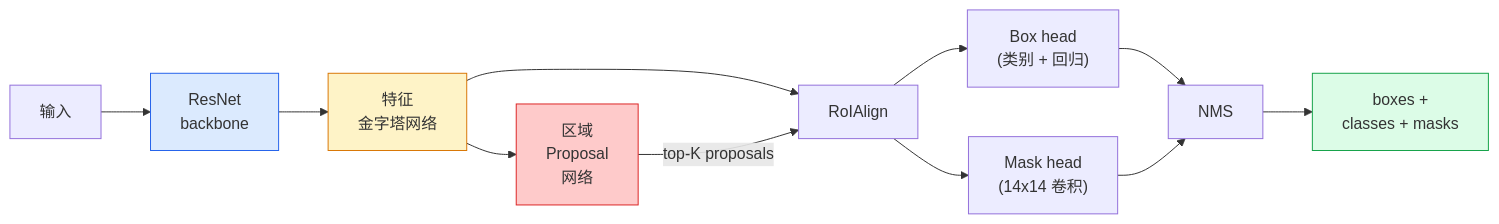
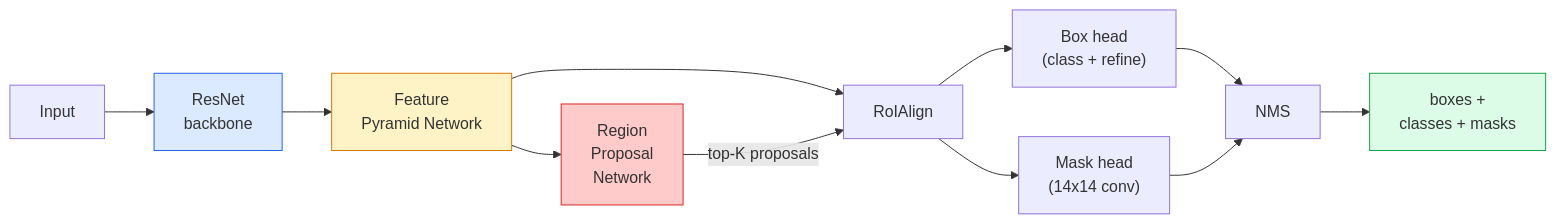
The diagram in i18n/zh/phases/04-computer-vision/08-instance-segmentation-mask-rcnn/docs/zh.md (xiaojiaenen/ai-engineering-from-scratch-zh), drawn with Mermaid before and after one commit. The commit also changed other lines of this file and 28 other files, not shown here.

````diff
--- a/i18n/zh/phases/04-computer-vision/08-instance-segmentation-mask-rcnn/docs/zh.md
+++ b/i18n/zh/phases/04-computer-vision/08-instance-segmentation-mask-rcnn/docs/zh.md
@@ -29,18 +29,18 @@
 ```mermaid
 flowchart LR
-    IMG["输入"] --> BB["ResNet<br/>backbone"]
-    BB --> FPN["特征<br/>金字塔网络"]
-    FPN --> RPN["区域<br/>Proposal<br/>网络"]
+    IMG["Input"] --> BB["ResNet<br/>backbone"]
+    BB --> FPN["Feature<br/>Pyramid Network"]
+    FPN --> RPN["Region<br/>Proposal<br/>Network"]
     FPN --> RA["RoIAlign"]
     RPN -->|"top-K proposals"| RA
-    RA --> BH["Box head<br/>(类别 + 回归)"]
-    RA --> MH["Mask head<br/>(14x14 卷积)"]
+    RA --> BH["Box head<br/>(class + refine)"]
+    RA --> MH["Mask head<br/>(14x14 conv)"]
     BH --> NMS["NMS"]
     MH --> NMS
     NMS --> OUT["boxes +<br/>classes + masks"]
 
     style BB fill:#dbeafe,stroke:#2563eb
     style FPN fill:#fef3c7,stroke:#d97706
     style RPN fill:#fecaca,stroke:#dc2626
     style OUT fill:#dcfce7,stroke:#16a34a
 ```
````
